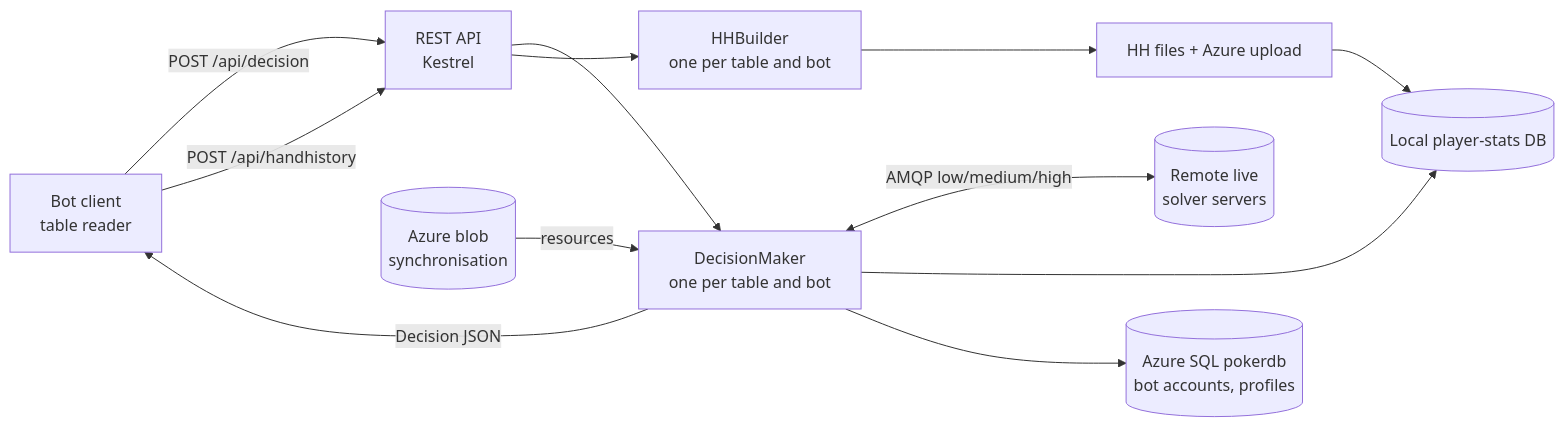
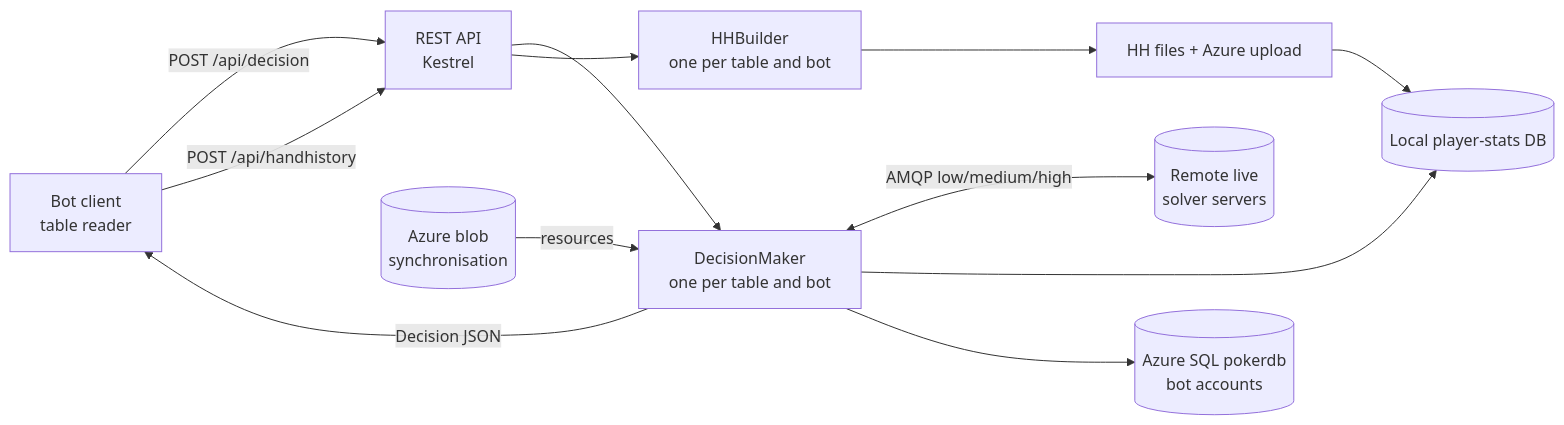
The diagram in README.md (biresevit/PDecision-portfolio), drawn with Mermaid before and after one commit. The commit also changed other lines of this file and 2 other files, not shown here.

Commit message:
docs: define permitted bot use and remove strategy-setting details

````diff
--- a/README.md
+++ b/README.md
@@ -114,14 +94,14 @@
 ```mermaid
 flowchart LR
     Bot[Bot client<br/>table reader] -- POST /api/decision --> API[REST API<br/>Kestrel]
     Bot -- POST /api/handhistory --> API
     API --> DM[DecisionMaker<br/>one per table and bot]
     DM -- Decision JSON --> Bot
     DM <-- AMQP low/medium/high --> Solvers[(Remote live<br/>solver servers)]
     DM --> Stats[(Local player-stats DB)]
-    DM --> Accounts[(Azure SQL pokerdb<br/>bot accounts, profiles)]
+    DM --> Accounts[(Azure SQL pokerdb<br/>bot accounts)]
     API --> HHB[HHBuilder<br/>one per table and bot]
     HHB --> Files[HH files + Azure upload]
     Files --> Stats
     Blob[(Azure blob<br/>synchronisation)] -- resources --> DM
 ```
````
